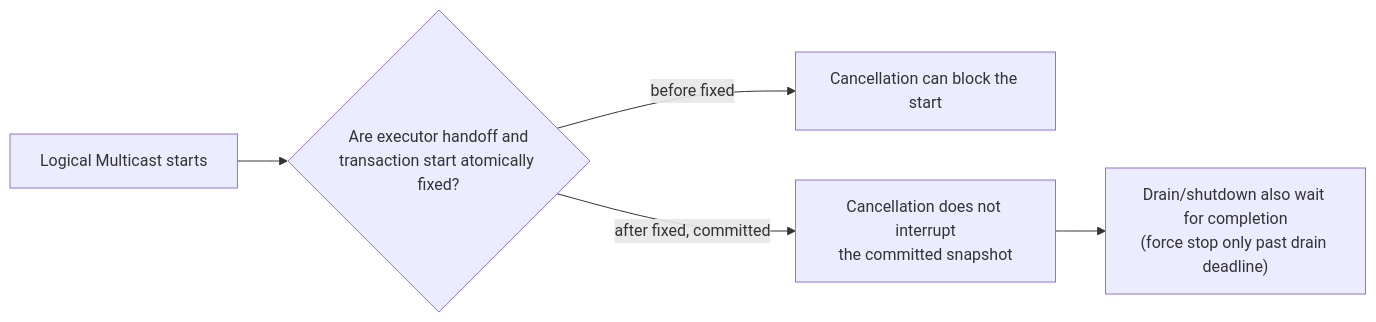
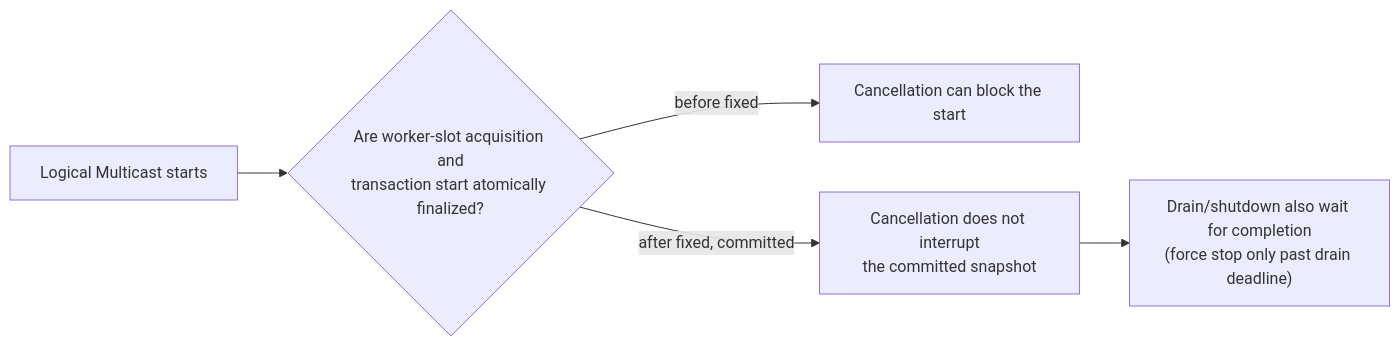
The second of 3 diagrams in framework/doc/framework/common/spec/server/01-execution/03-cancellation-and-shutdown.en.md (zlink-systems/zlink), drawn with Mermaid before and after one commit. The commit also changed other lines of this file and 7 other files, not shown here.

````diff
--- a/framework/doc/framework/common/spec/server/01-execution/03-cancellation-and-shutdown.en.md
+++ b/framework/doc/framework/common/spec/server/01-execution/03-cancellation-and-shutdown.en.md
@@ -124,7 +124,7 @@
 ```mermaid
 flowchart LR
-    S["Logical Multicast starts"] --> C{"Are executor handoff and<br/>transaction start atomically fixed?"}
+    S["Logical Multicast starts"] --> C{"Are worker-slot acquisition and<br/>transaction start atomically finalized?"}
     C -->|before fixed| Cancel["Cancellation can block the start"]
     C -->|after fixed, committed| Committed["Cancellation does not interrupt<br/>the committed snapshot"]
     Committed --> Drain["Drain/shutdown also wait for completion<br/>(force stop only past drain deadline)"]
 ```
````
